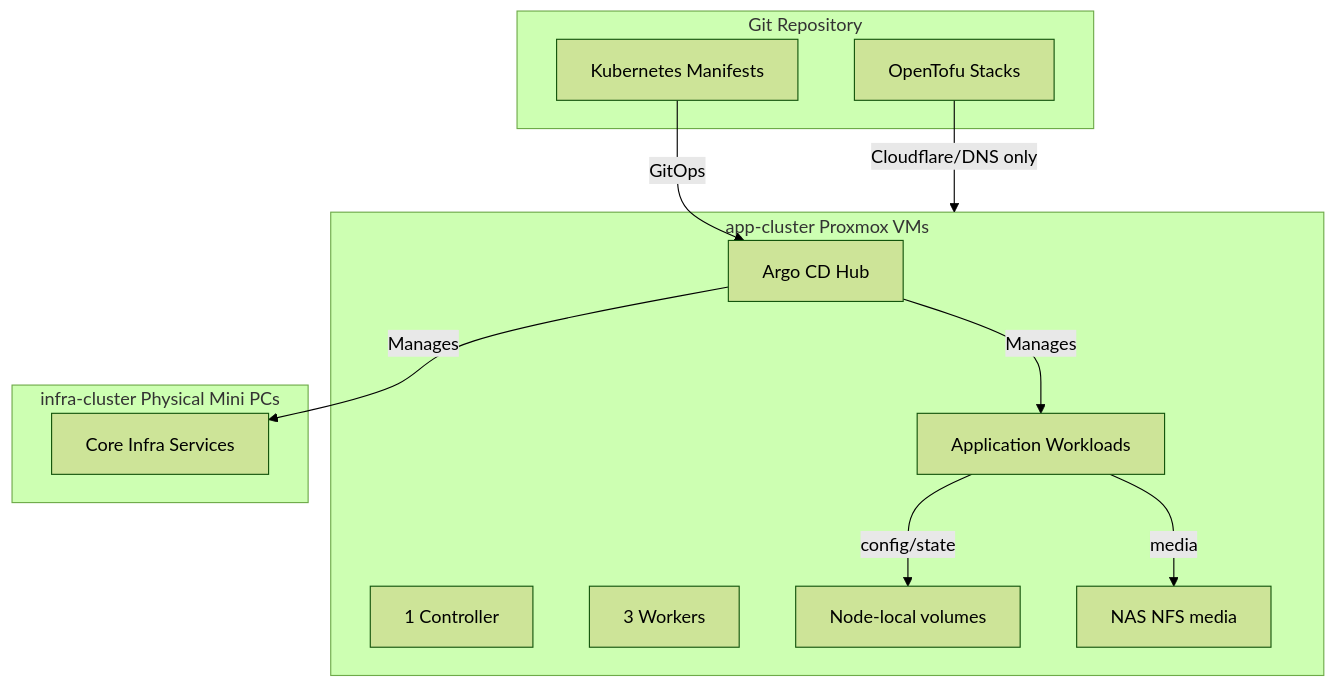
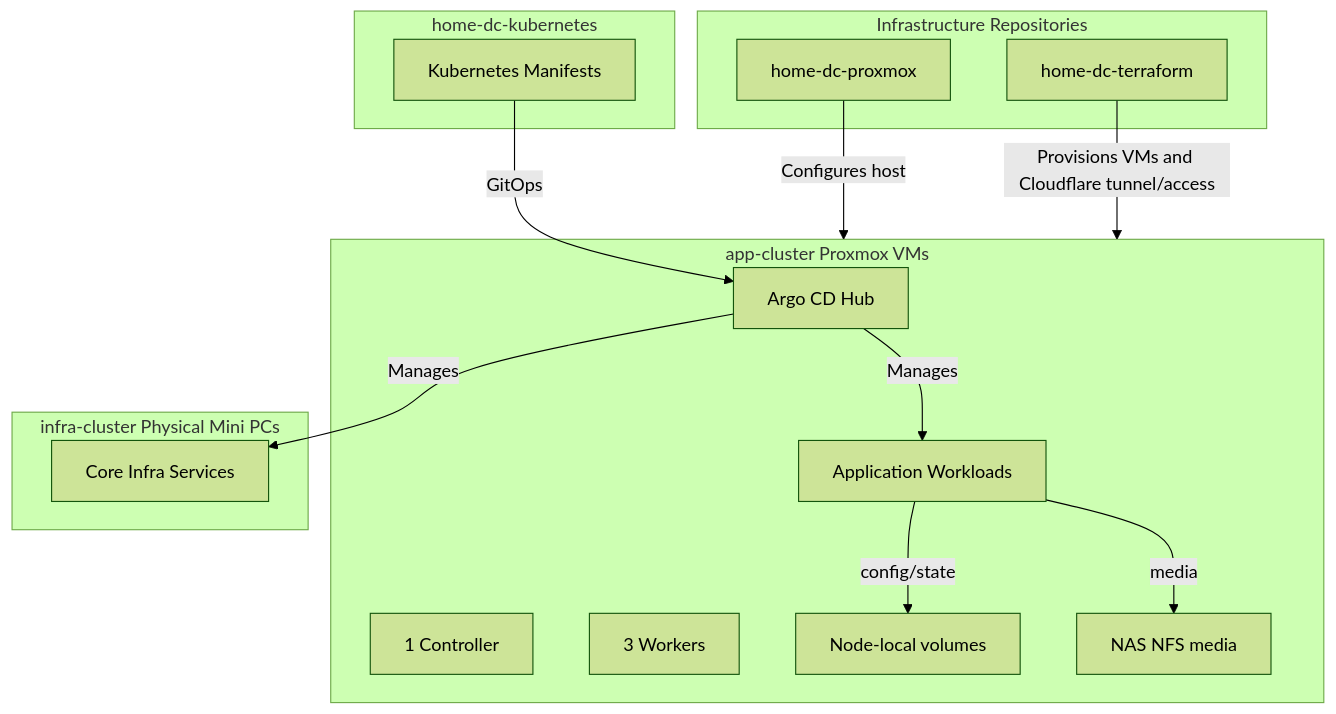
Before and after one commit to fabricesemti80/home-dc-kubernetes: the diagram in docs/architecture/ARCHITECTURE_PLAN.md, drawn with Mermaid (forest theme). The commit also changed other lines of this file and 30 other files, not shown here.

First line of the commit message:
Refactor infrastructure management and remove OpenTofu stacks

````diff
--- a/docs/architecture/ARCHITECTURE_PLAN.md
+++ b/docs/architecture/ARCHITECTURE_PLAN.md
@@ -13,24 +13,28 @@
 ```mermaid
 flowchart TD
-    subgraph Git["Git Repository"]
+    subgraph K8sRepo["home-dc-kubernetes"]
         Manifests[Kubernetes Manifests]
-        TF[OpenTofu Stacks]
+    end
+    subgraph InfraRepos["Infrastructure Repositories"]
+        HostConfig[home-dc-proxmox]
+        OpenTofu[home-dc-terraform]
     end
     subgraph App["app-cluster Proxmox VMs"]
         ArgoCD[Argo CD Hub]
         Ctrl[1 Controller]
         Workers[3 Workers]
         Apps[Application Workloads]
         LocalPath[Node-local volumes]
         NFS[NAS NFS media]
         ArgoCD -->|Manages| Apps
         Apps -->|config/state| LocalPath
         Apps -->|media| NFS
     end
     subgraph Infra["infra-cluster Physical Mini PCs"]
         Core[Core Infra Services]
     end
     Manifests -->|GitOps| ArgoCD
     ArgoCD -->|Manages| Core
-    TF -->|Cloudflare/DNS only| App
+    HostConfig -->|Configures host| App
+    OpenTofu -->|Provisions VMs and Cloudflare tunnel/access| App
 ```
````
